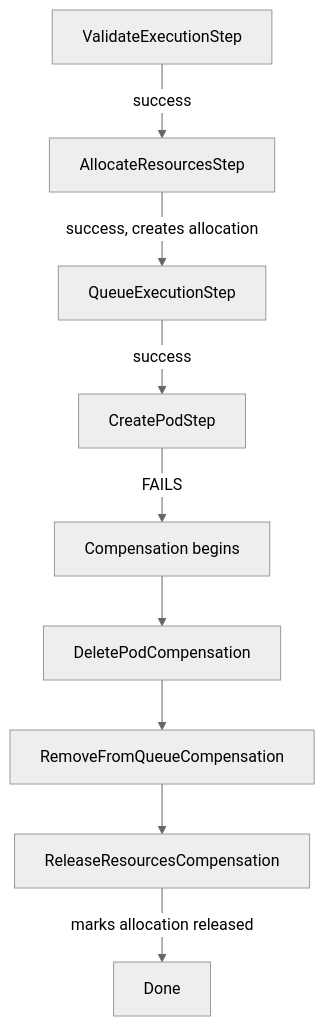
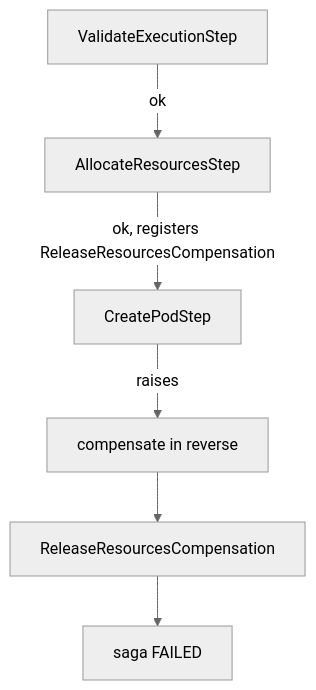
One commit to HardMax71/Integr8sCode changed the diagram in docs/components/saga/resource-allocation.md. Above: the diagram before and after it, drawn with Mermaid (neutral theme). The commit also changed other lines of this file and 304 other files, not shown here.

````diff
--- a/docs/components/saga/resource-allocation.md
+++ b/docs/components/saga/resource-allocation.md
@@ -48,11 +26,8 @@
 ```mermaid
 graph TD
-    A[ValidateExecutionStep] -->|success| B[AllocateResourcesStep]
-    B -->|success, creates allocation| C[QueueExecutionStep]
-    C -->|success| D[CreatePodStep]
-    D -->|FAILS| E[Compensation begins]
-    E --> F[DeletePodCompensation]
-    F --> G[RemoveFromQueueCompensation]
-    G --> H[ReleaseResourcesCompensation]
-    H -->|marks allocation released| I[Done]
+    V[ValidateExecutionStep] -->|ok| A[AllocateResourcesStep]
+    A -->|ok, registers ReleaseResourcesCompensation| P[CreatePodStep]
+    P -->|raises| C[compensate in reverse]
+    C --> R[ReleaseResourcesCompensation]
+    R --> F[saga FAILED]
 ```
````
